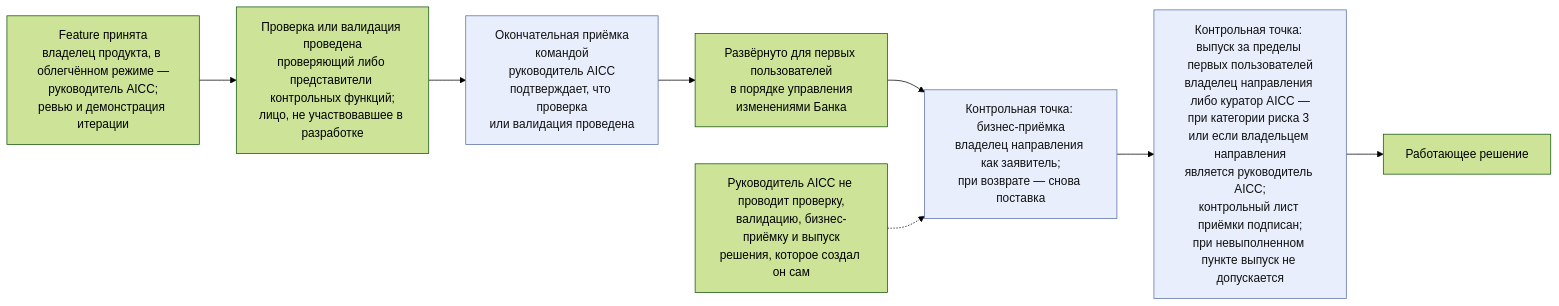
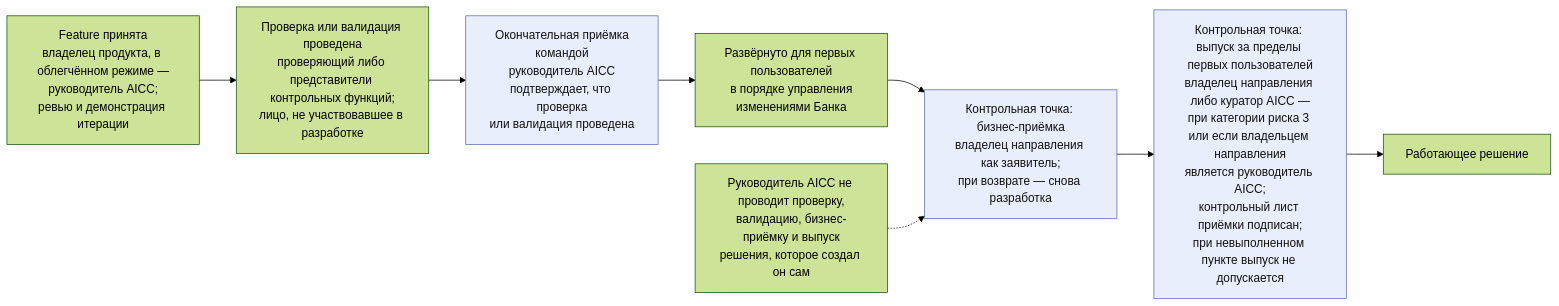
The fifth of 5 diagrams in charter/ru/guides/service-delivery-guide.md (devhogu/ob-aicc), drawn with Mermaid (forest theme) before and after one commit. The commit also changed other lines of this file and 142 other files, not shown here.

First line of the commit message:
Russian edition: «поставка» replaced by context (оказание услуг, разработка и внедрение, разработка, после внедрения); Cadence is «расписание работы»

````diff
--- a/charter/ru/guides/service-delivery-guide.md
+++ b/charter/ru/guides/service-delivery-guide.md
@@ -115,12 +115,12 @@
 ```mermaid
 flowchart LR
   FA["Feature принята<br/>владелец продукта, в облегчённом режиме —<br/>руководитель AICC;<br/>ревью и демонстрация итерации"] --> CV["Проверка или валидация проведена<br/>проверяющий либо представители контрольных функций;<br/>лицо, не участвовавшее в разработке"]
   CV --> TF["Окончательная приёмка<br/>командой<br/>руководитель AICC<br/>подтверждает, что проверка<br/>или валидация проведена"]
   TF --> DP["Развёрнуто для первых пользователей<br/>в порядке управления<br/>изменениями Банка"]
-  DP --> BA["Контрольная точка: бизнес-приёмка<br/>владелец направления как заявитель;<br/>при возврате — снова поставка"]
+  DP --> BA["Контрольная точка: бизнес-приёмка<br/>владелец направления как заявитель;<br/>при возврате — снова разработка"]
   BA --> RL["Контрольная точка: выпуск за пределы первых пользователей<br/>владелец направления либо куратор AICC —<br/>при категории риска 3 или если владельцем направления<br/>является руководитель AICC;<br/>контрольный лист приёмки подписан;<br/>при невыполненном пункте выпуск не допускается"]
   RL --> LV["Работающее решение"]
   NT["Руководитель AICC не проводит проверку,<br/>валидацию, бизнес-приёмку и выпуск<br/>решения, которое создал он сам"] -.-> BA
   classDef gate fill:#e8eefc,stroke:#5a6fa8,color:#111
   class TF,BA,RL gate
 ```
````
